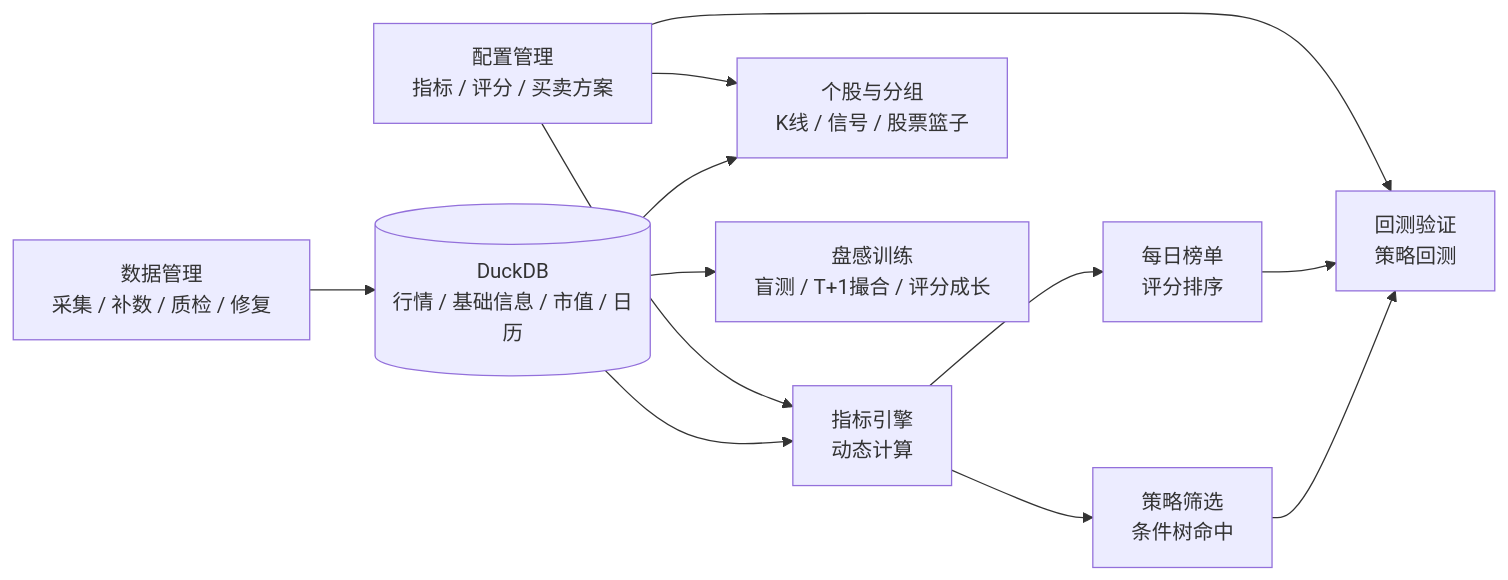
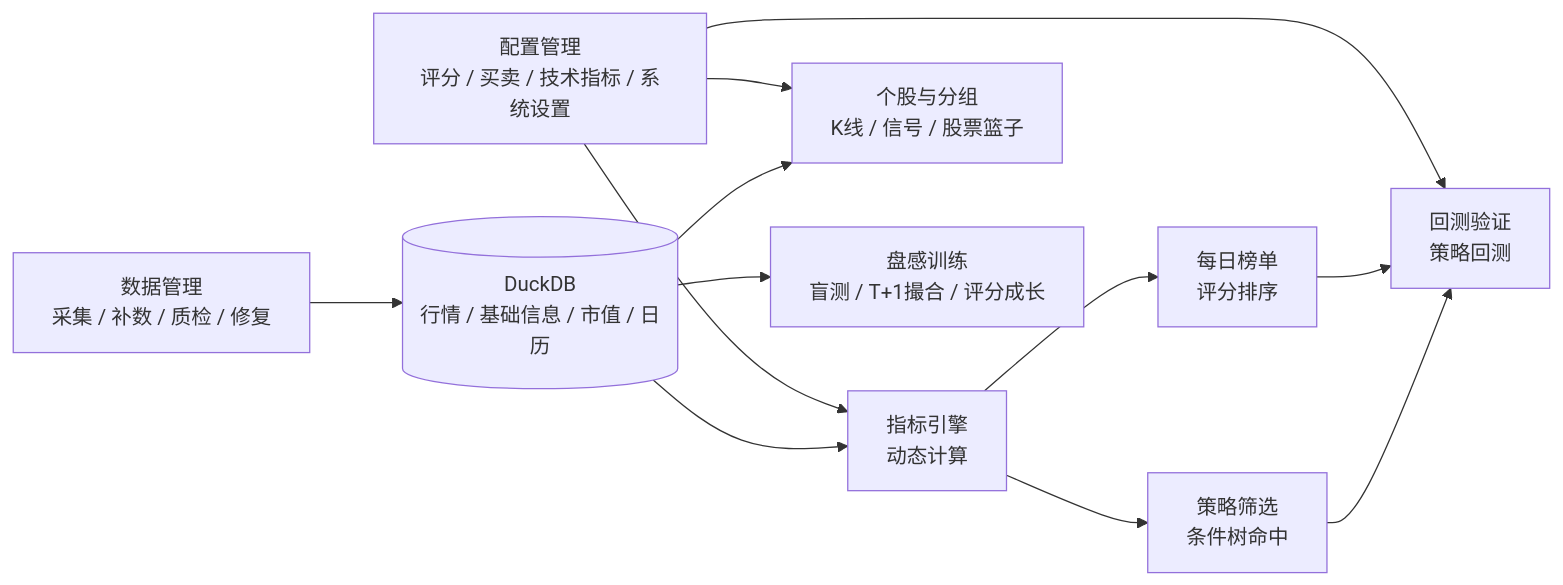
Before and after one commit to fulin-peng-ydxs/ai-stocks: the first of 3 diagrams in README.md, drawn with Mermaid. The commit also changed other lines of this file and 5 other files, not shown here.

````diff
--- a/README.md
+++ b/README.md
@@ -89,14 +89,14 @@
 ```mermaid
 flowchart LR
   DM["数据管理\n采集 / 补数 / 质检 / 修复"] --> DB[("DuckDB\n行情 / 基础信息 / 市值 / 日历")]
   DB --> IND["指标引擎\n动态计算"]
-  CFG["配置管理\n指标 / 评分 / 买卖方案"] --> IND
+  CFG["配置管理\n评分 / 买卖 / 技术指标 / 系统设置"] --> IND
   IND --> SCR["策略筛选\n条件树命中"]
   IND --> BRD["每日榜单\n评分排序"]
   SCR --> BT["回测验证\n策略回测"]
   BRD --> BT
   CFG --> BT
   DB --> STK["个股与分组\nK线 / 信号 / 股票篮子"]
   CFG --> STK
   DB --> TRN["盘感训练\n盲测 / T+1撮合 / 评分成长"]
 ```
````
